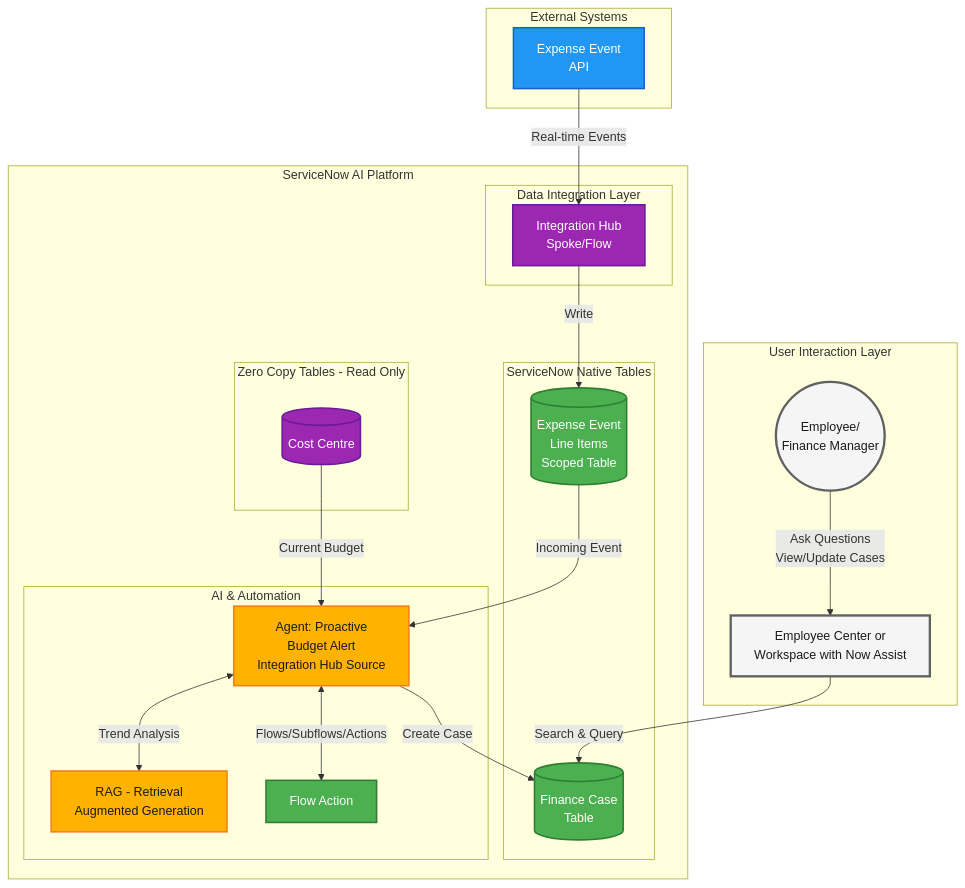
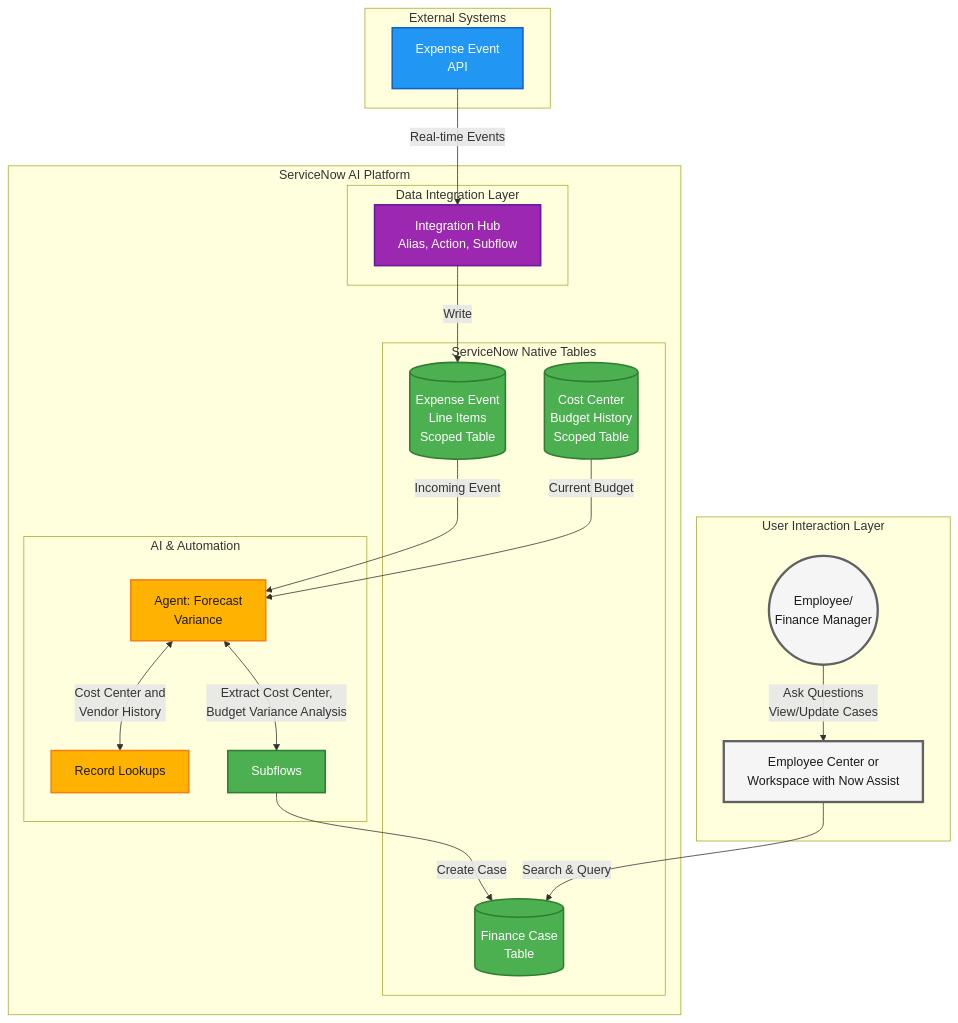
Before and after one commit to leojacinto/WorkflowDataFabric-TypeE: the diagram in lab-guide/main-exercises/lab-exercise-integration-hub.md, drawn with Mermaid. The commit also changed other lines of this file and 14 other files, not shown here.

First line of the commit message:
Rewrite Integration Hub page for the from-scratch Build Agent build

````diff
--- a/lab-guide/main-exercises/lab-exercise-integration-hub.md
+++ b/lab-guide/main-exercises/lab-exercise-integration-hub.md
@@ -51,62 +47,58 @@
 ```mermaid
 graph TB
     subgraph "User Interaction Layer"
         Employee((Employee/<br/>Finance Manager))
         EC[Employee Center or<br/> Workspace with Now Assist]
     end
 
     subgraph "External Systems"
         ExpenseAPI[Expense Event<br/>API]
     end
 
     subgraph "ServiceNow AI Platform"
         subgraph "Data Integration Layer"
-            IntHub[Integration Hub<br/>Spoke/Flow]
-        end
-
-        subgraph "Zero Copy Tables - Read Only"
-            ZCCC[(Cost Centre)]
+            IntHub[Integration Hub<br/>Alias, Action, Subflow]
         end
 
         subgraph "ServiceNow Native Tables"
             ExpenseTable[(Expense Event<br/>Line Items<br/>Scoped Table)]
+            BudgetTable[(Cost Center<br/>Budget History<br/>Scoped Table)]
             FinCase[(Finance Case<br/>Table)]
         end
 
         subgraph "AI & Automation"
-            Agent2[Agent: Proactive<br/>Budget Alert<br/>Integration Hub Source]
-            RAG[RAG - Retrieval<br/>Augmented Generation]
-            FlowAction[Flow Action]
+            Agent2[Agent: Forecast<br/>Variance]
+            Lookups[Record Lookups]
+            FlowAction[Subflows]
         end
     end
 
     %% Data Flow Connections
     ExpenseAPI -->|Real-time Events| IntHub
     IntHub -->|Write| ExpenseTable
 
-    %% Agent 2 Workflow - Integration Hub Source
+    %% Agent Workflow
     ExpenseTable -->|Incoming Event| Agent2
-    ZCCC -->|Current Budget| Agent2
-    Agent2 -->|Create Case| FinCase
-    Agent2 <-->|Trend Analysis| RAG
-    Agent2 <-->|Flows/Subflows/Actions| FlowAction
+    BudgetTable -->|Current Budget| Agent2
+    Agent2 <-->|Cost Center and<br/>Vendor History| Lookups
+    Agent2 <-->|Extract Cost Center,<br/>Budget Variance Analysis| FlowAction
+    FlowAction -->|Create Case| FinCase
 
     %% User Interaction Connections
     Employee -->|Ask Questions<br/>View/Update Cases| EC
     EC -->|Search & Query| FinCase
 
     %% Styling
     classDef external fill:#2196F3,stroke:#1565C0,stroke-width:2px,color:#fff
     classDef user fill:#F5F5F5,stroke:#616161,stroke-width:3px,color:#1a1a1a
     classDef nowassist fill:#FFB300,stroke:#F57F17,stroke-width:2px,color:#1a1a1a
     classDef platform fill:#4CAF50,stroke:#2E7D32,stroke-width:2px,color:#fff
     classDef wdf fill:#9C27B0,stroke:#6A1B9A,stroke-width:2px,color:#fff
 
     class ExpenseAPI external
     class IntHub wdf
-    class ZCCC wdf
-    class ExpenseTable,FinCase platform
-    class Agent2,RAG nowassist
+    class ExpenseTable,BudgetTable,FinCase platform
+    class Agent2,Lookups nowassist
     class FlowAction platform
     class Employee,EC user
 ```
````
